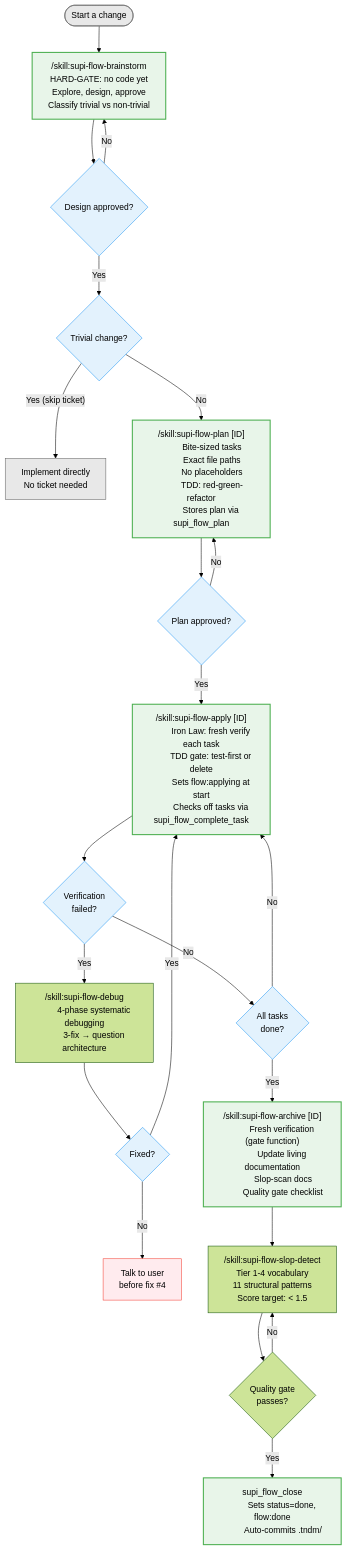
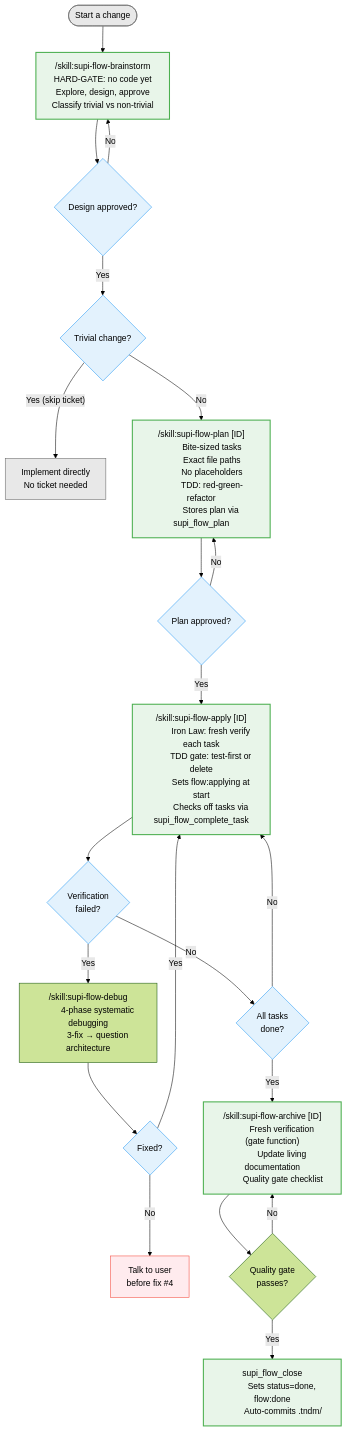
The diagram in plugins/supi-flow/README.md (mrclrchtr/tandem), drawn with Mermaid (forest theme) before and after one commit. The commit also changed other lines of this file and 10 other files, not shown here.

First line of the commit message:
refactor(supi-flow): remove slop-detect skill and internal tool actions

````diff
--- a/plugins/supi-flow/README.md
+++ b/plugins/supi-flow/README.md
@@ -7,75 +7,70 @@
 ```mermaid
 flowchart TD
     START(["Start a change"]) --> BRAIN
     BRAIN["/skill:supi-flow-brainstorm
          HARD-GATE: no code yet
          Explore, design, approve
          Classify trivial vs non-trivial"]
     BRAIN --> APPROVED{Design approved?}
     APPROVED -->|"No"| BRAIN
     APPROVED -->|"Yes"| TRIVIAL{Trivial change?}
 
     TRIVIAL -->|"Yes (skip ticket)"| LIGHT["Implement directly
          No ticket needed"]
     TRIVIAL -->|"No"| PLAN
 
     PLAN["/skill:supi-flow-plan [ID]
          Bite-sized tasks
          Exact file paths
          No placeholders
          TDD: red-green-refactor
          Stores plan via supi_flow_plan"]
     PLAN --> APPROVE2{"Plan approved?"}
     APPROVE2 -->|"No"| PLAN
     APPROVE2 -->|"Yes"| APPLY
 
     APPLY["/skill:supi-flow-apply [ID]
          Iron Law: fresh verify each task
          TDD gate: test-first or delete
          Sets flow:applying at start
          Checks off tasks via supi_flow_complete_task"]
     APPLY --> BLOCKED{"Verification
          failed?"}
 
     BLOCKED -->|"Yes"| DEBUG["/skill:supi-flow-debug
          4-phase systematic debugging
          3-fix → question architecture"]
     DEBUG --> FIXED{Fixed?}
     FIXED -->|"Yes"| APPLY
     FIXED -->|"No"| USER["Talk to user
          before fix #4"]
 
     BLOCKED -->|"No"| DONE{"All tasks
          done?"}
     DONE -->|"No"| APPLY
     DONE -->|"Yes"| ARCHIVE
 
     ARCHIVE["/skill:supi-flow-archive [ID]
          Fresh verification (gate function)
          Update living documentation
-         Slop-scan docs
          Quality gate checklist"]
-    ARCHIVE --> SLOP["/skill:supi-flow-slop-detect
-         Tier 1-4 vocabulary
-         11 structural patterns
-         Score target: < 1.5"]
-    SLOP --> QGATE{"Quality gate
+    ARCHIVE --> QGATE{"Quality gate
          passes?"}
-    QGATE -->|"No"| SLOP
+    QGATE -->|"No"| ARCHIVE
     QGATE -->|"Yes"| CLOSE
 
     CLOSE["supi_flow_close
          Sets status=done, flow:done
          Auto-commits .tndm/"]
 
     classDef phase fill:#e8f5e9,stroke:#4caf50,stroke-width:2
     classDef decision fill:#e3f2fd,stroke:#2196f3
     classDef entry fill:#e8e8e8,stroke:#666
     classDef blocker fill:#ffebee,stroke:#f44336
 
     class BRAIN,PLAN,APPLY,ARCHIVE,CLOSE phase
     class APPROVED,APPROVE2,BLOCKED,FIXED,DONE,TRIVIAL decision
     class START entry
     class USER blocker
     class LIGHT entry
 ```
````
